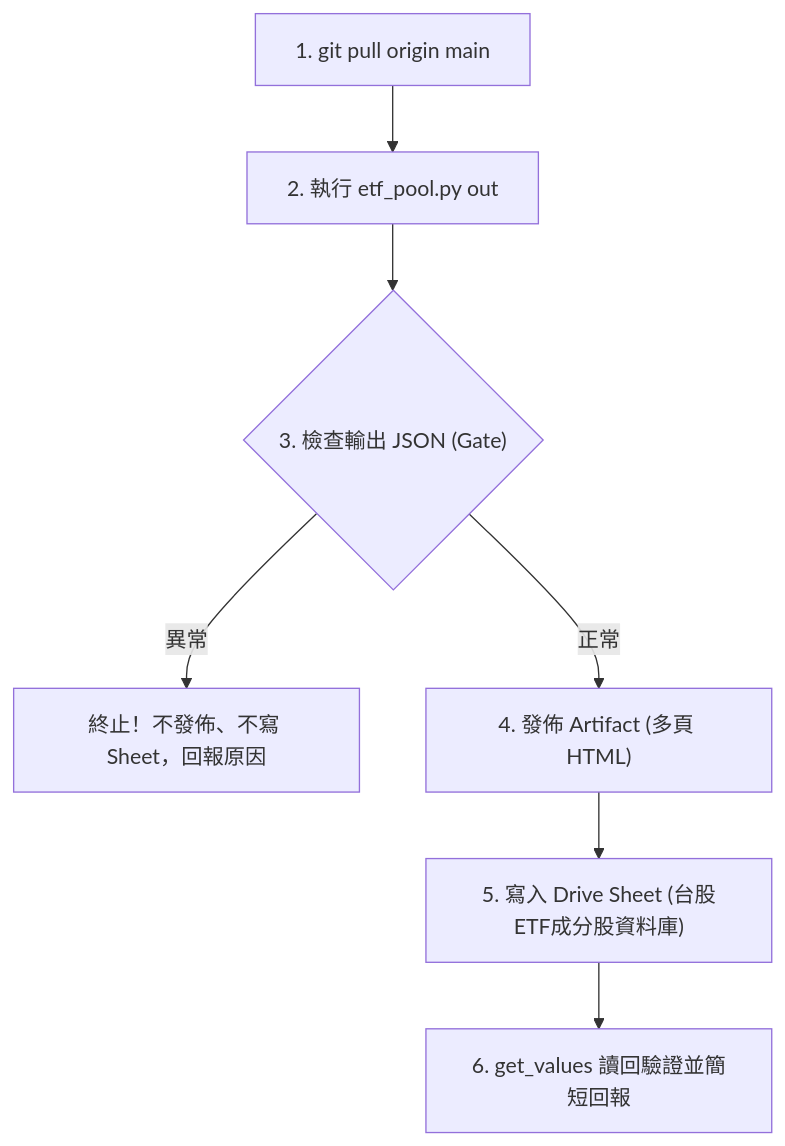
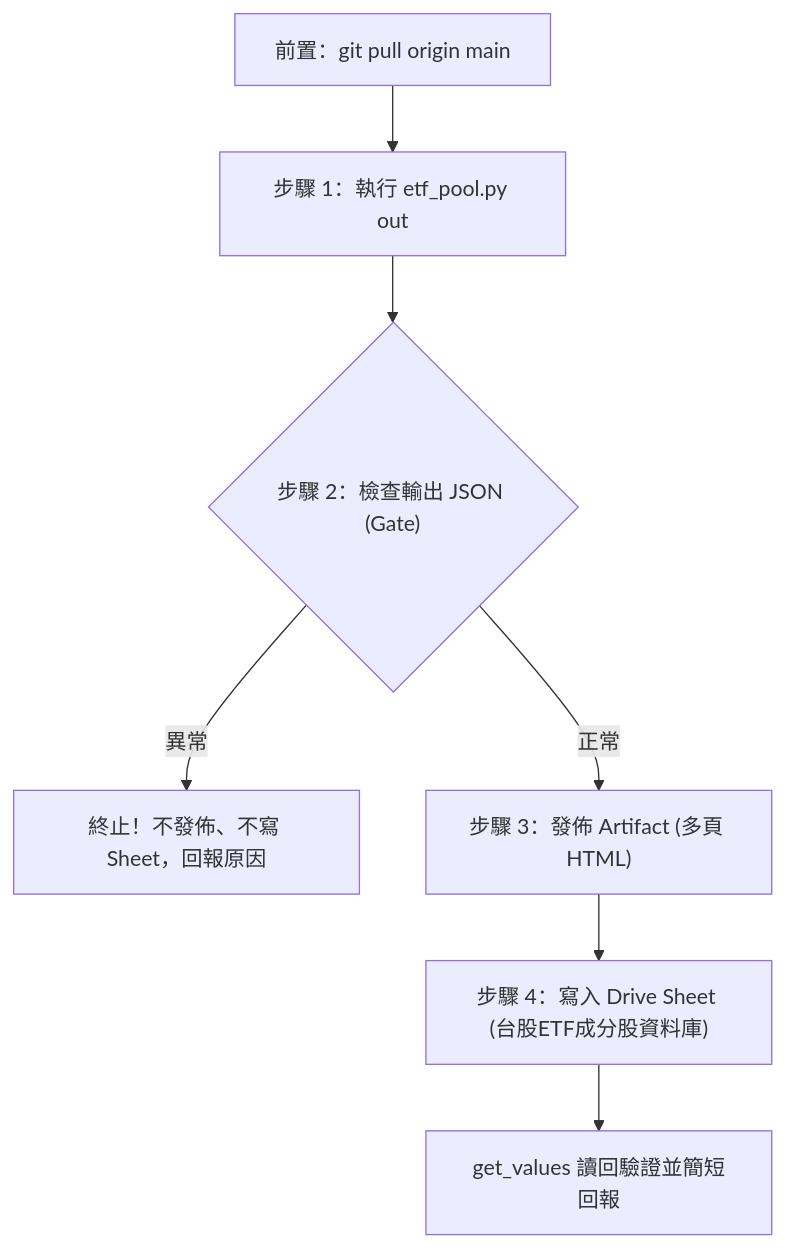
Before and after one commit to HachiTsai/Investment_Tracker: the diagram in .claude/workflows/tw-etf-pool.md, drawn with Mermaid. The commit also changed 11 other files, not shown here.

````diff
--- a/.claude/workflows/tw-etf-pool.md
+++ b/.claude/workflows/tw-etf-pool.md
@@ -31,9 +31,9 @@
 ```mermaid
 flowchart TD
-    A["1. git pull origin main"] --> B["2. 執行 etf_pool.py out"]
-    B --> C{"3. 檢查輸出 JSON (Gate)"}
+    A["前置：git pull origin main"] --> B["步驟 1：執行 etf_pool.py out"]
+    B --> C{"步驟 2：檢查輸出 JSON (Gate)"}
     C -->|異常| D["終止！不發佈、不寫 Sheet，回報原因"]
-    C -->|正常| E["4. 發佈 Artifact (多頁 HTML)"]
-    E --> F["5. 寫入 Drive Sheet (台股ETF成分股資料庫)"]
-    F --> G["6. get_values 讀回驗證並簡短回報"]
+    C -->|正常| E["步驟 3：發佈 Artifact (多頁 HTML)"]
+    E --> F["步驟 4：寫入 Drive Sheet (台股ETF成分股資料庫)"]
+    F --> G["get_values 讀回驗證並簡短回報"]
 ```
````
